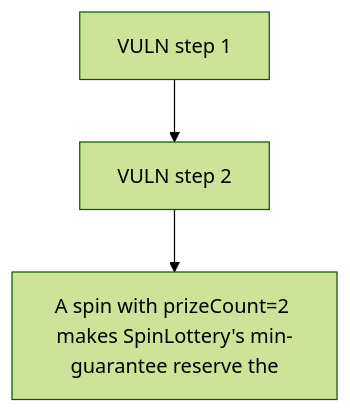
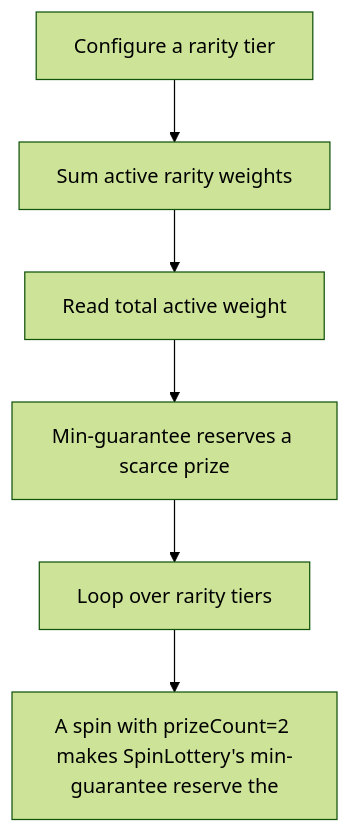
Before and after one commit to sanbir/evm-hack-registry: the diagram in 62541-h-04-dos-risk-from-pending-prize-locking-mechanism-pashov-au_exp/62541-h-04-dos-risk-from-pending-prize-locking-mechanism-pashov-au_exp.md, drawn with Mermaid (forest theme). The commit also changed other lines of this file and 79 other files, not shown here.

````diff
--- a/62541-h-04-dos-risk-from-pending-prize-locking-mechanism-pashov-au_exp/62541-h-04-dos-risk-from-pending-prize-locking-mechanism-pashov-au_exp.md
+++ b/62541-h-04-dos-risk-from-pending-prize-locking-mechanism-pashov-au_exp/62541-h-04-dos-risk-from-pending-prize-locking-mechanism-pashov-au_exp.md
@@ -28,8 +28,14 @@
 ```mermaid
 flowchart TD
-  S0["VULN step 1"]
-  S1["VULN step 2"]
+  S0["Configure a rarity tier"]
+  S1["Sum active rarity weights"]
+  S2["Read total active weight"]
+  S3["Min-guarantee reserves a scarce prize"]
+  S4["Loop over rarity tiers"]
   H["A spin with prizeCount=2 makes SpinLottery's min-guarantee reserve the"]
   S0 --> S1
-  S1 --> H
+  S1 --> S2
+  S2 --> S3
+  S3 --> S4
+  S4 --> H
 ```
````
